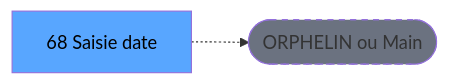
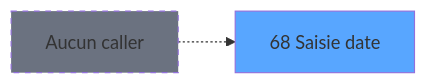
Before and after one commit to thonyAGP/lecteur-magic: the second of 3 diagrams in .openspec/specs/ADH-IDE-68.md, drawn with Mermaid. The commit also changed other lines of this file and 96 other files, not shown here.

````diff
--- a/.openspec/specs/ADH-IDE-68.md
+++ b/.openspec/specs/ADH-IDE-68.md
@@ -117,8 +188,8 @@
 ```mermaid
 graph LR
-    T[68  Saisie date]
-    ORPHAN([ORPHELIN ou Main])
-    T -.-> ORPHAN
-    style T fill:#58a6ff,color:#000
-    style ORPHAN fill:#6b7280,stroke-dasharray: 5 5
+    T68[68 Saisie date]
+    style T68 fill:#58a6ff
+    NONE[Aucun caller]
+    NONE -.-> T68
+    style NONE fill:#6b7280,stroke-dasharray: 5 5
 ```
````
